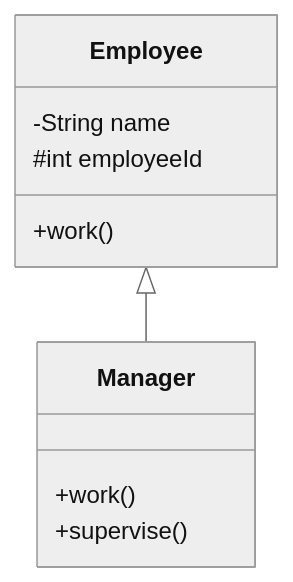
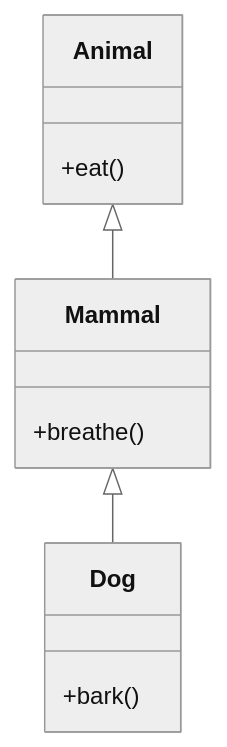
Before and after one commit to Davud-ayanokoji/w8-lab-inheritance-danielcregg: the fourth of 8 diagrams in README.md, drawn with Mermaid (neutral theme). The commit also changed other lines of this file, not shown here.

````diff
--- a/README.md
+++ b/README.md
@@ -194,13 +161,14 @@
 ```mermaid
 classDiagram
-    Employee <|-- Manager
-    class Employee{
-        -String name
-        #int employeeId
-        +work()
+    Animal <|-- Mammal
+    Mammal <|-- Dog
+    class Animal{
+        +eat()
     }
-    class Manager{
-        +work()
-        +supervise()
+    class Mammal{
+        +breathe()
+    }
+    class Dog{
+        +bark()
     }
 ```
````
